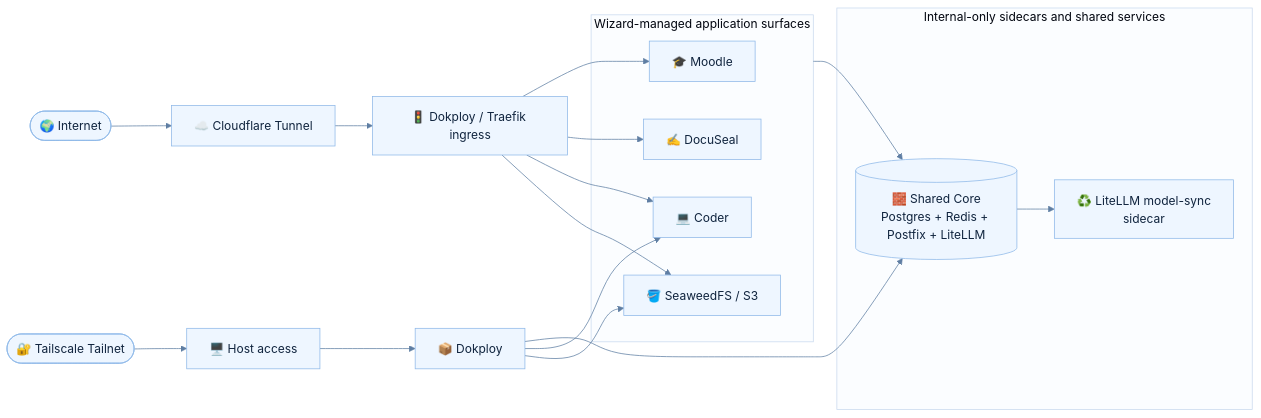
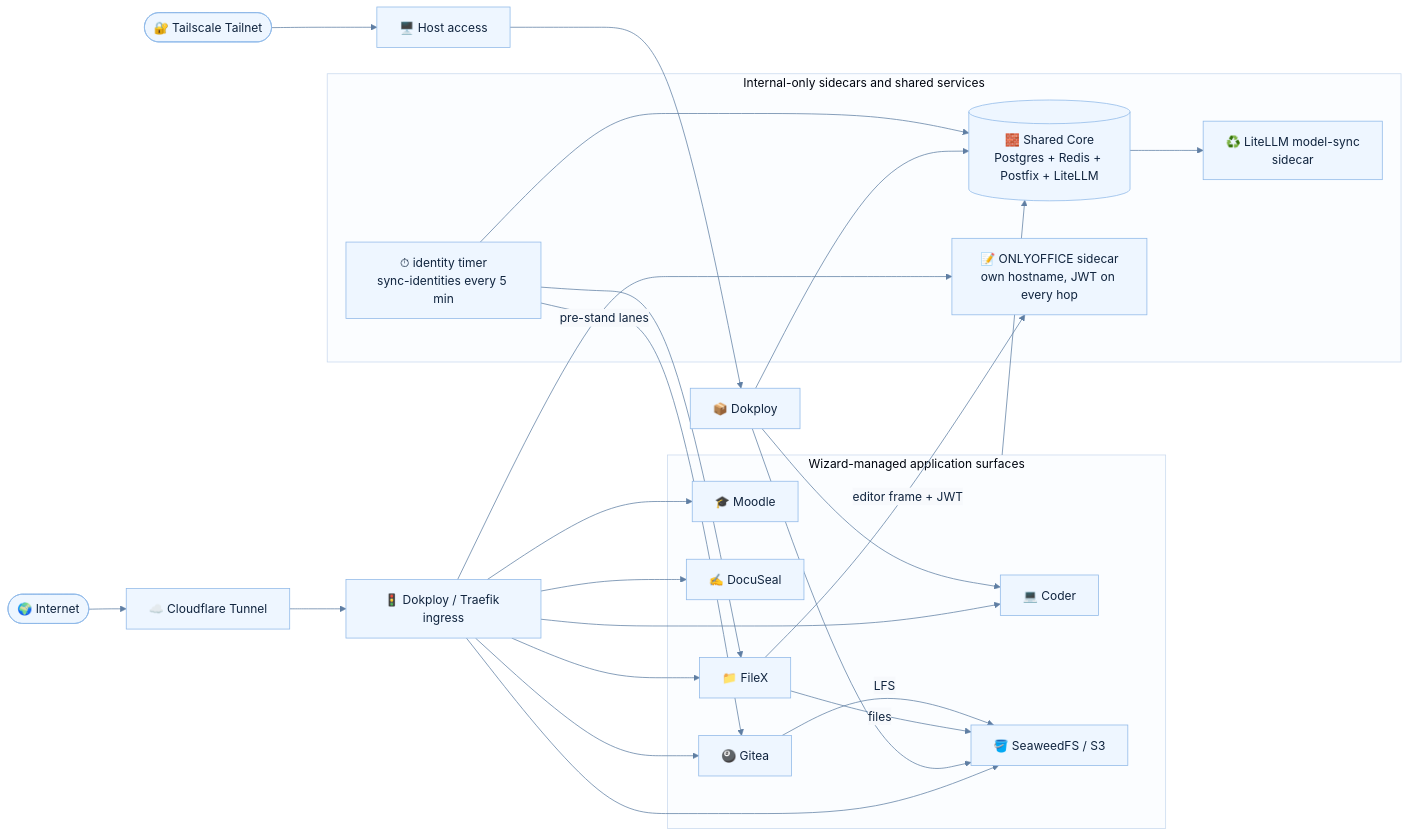
One commit to borealBytes/dokploy-wizard changed the first of 4 diagrams in README.md. Above: the diagram before and after it, drawn with Mermaid. The commit also changed other lines of this file, not shown here.

Commit message:
The architecture diagram catches up with the stack it describes
FileX and its ONLYOFFICE sidecar are the file story now, Gitea is a
first-class surface, and the identity timer is the piece that makes
one-ID automatic — all three were missing from the high-level view.
The current-reality bullets gain the same lines.

````diff
--- a/README.md
+++ b/README.md
@@ -277,45 +278,58 @@
 ```mermaid
 %%{init: {
   "theme": "base",
   "themeVariables": {
     "primaryColor": "#eef6ff",
     "primaryTextColor": "#10243e",
     "primaryBorderColor": "#8eb8e8",
     "lineColor": "#5f7ea3",
     "secondaryColor": "#f7f9fc",
     "tertiaryColor": "#fffaf0",
     "clusterBkg": "#fbfdff",
     "clusterBorder": "#c9d9ee",
     "fontFamily": "Inter, ui-sans-serif, system-ui, sans-serif"
   }
 }}%%
 flowchart LR
     Internet([🌍 Internet]) --> CF[☁️ Cloudflare Tunnel]
     CF --> Traefik[🚦 Dokploy / Traefik ingress]
 
     Tailnet([🔐 Tailscale Tailnet]) --> Host[🖥️ Host access]
     Host --> Dokploy[📦 Dokploy]
 
     subgraph Apps[Wizard-managed application surfaces]
       Moodle[🎓 Moodle]
       DocuSeal[✍️ DocuSeal]
+      FileX[📁 FileX]
+      Gitea[🎱 Gitea]
       Coder[💻 Coder]
       Seaweed[🪣 SeaweedFS / S3]
     end
 
     subgraph Internal[Internal-only sidecars and shared services]
       Shared[(🧱 Shared Core\nPostgres + Redis + Postfix + LiteLLM)]
       ModelSync[♻️ LiteLLM model-sync\nsidecar]
+      Office[📝 ONLYOFFICE sidecar<br/>own hostname, JWT on every hop]
+      Timer[⏱ identity timer<br/>sync-identities every 5 min]
     end
 
     Traefik --> Moodle
     Traefik --> DocuSeal
+    Traefik --> FileX
+    Traefik --> Gitea
     Traefik --> Coder
     Traefik --> Seaweed
+    Traefik --> Office
     Dokploy --> Shared
     Dokploy --> Coder
     Dokploy --> Seaweed
+    FileX -->|editor frame + JWT| Office
+    FileX -->|files| Seaweed
+    Gitea -->|LFS| Seaweed
+    Timer -->|pre-stand lanes| Gitea
+    Timer --> FileX
+    Timer --> Shared
 
     Shared --> ModelSync
     Apps --> Shared
 ```
````
